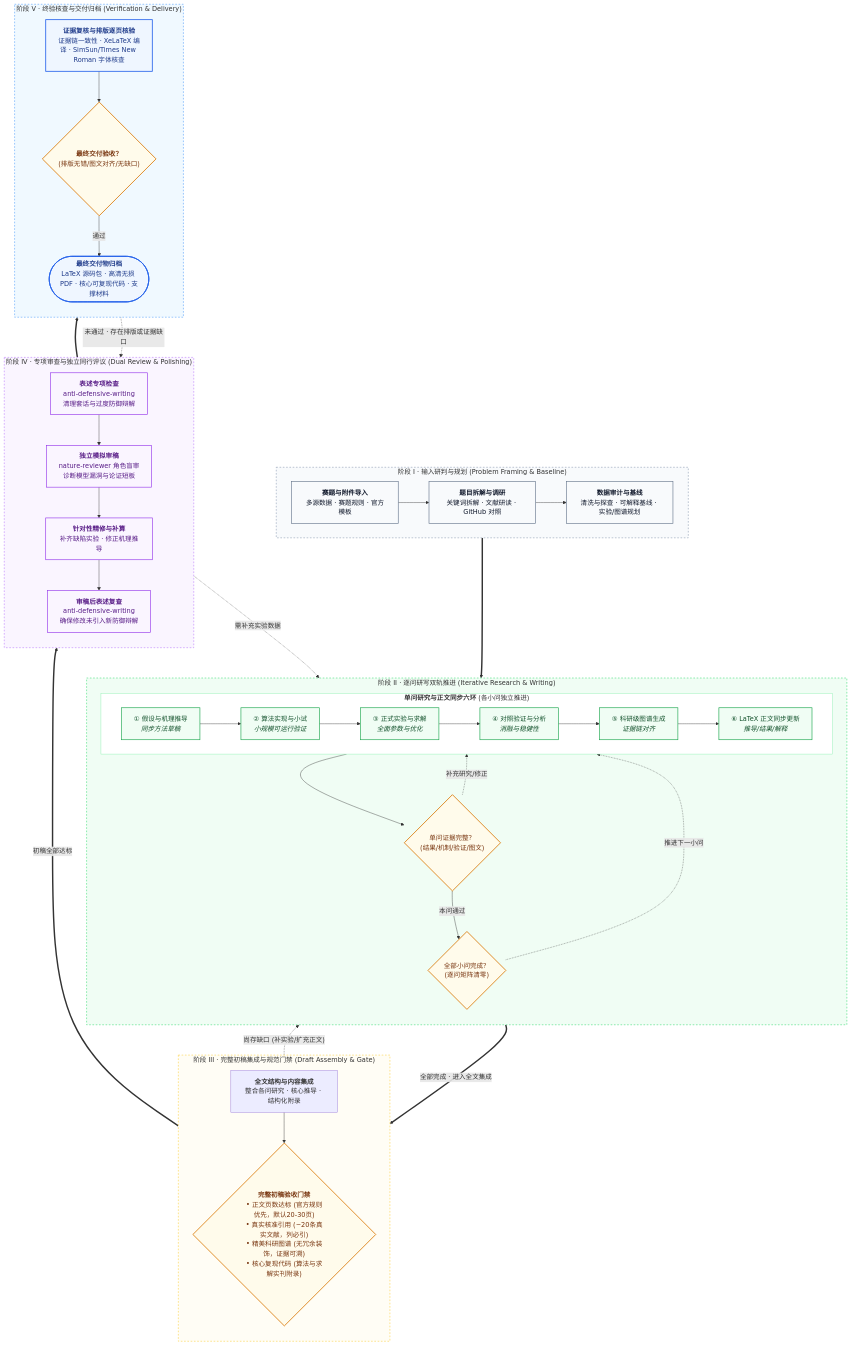
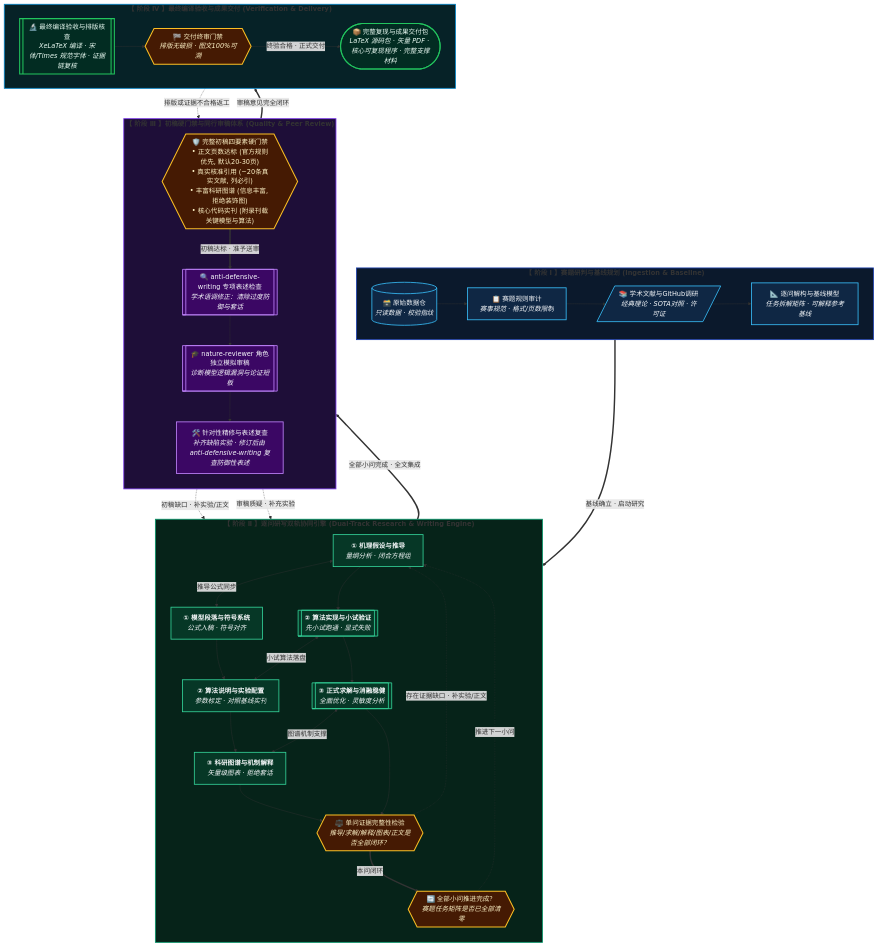
One commit to miyaane/math-model-workbench changed the diagram in README.md. Above: the diagram before and after it, drawn with Mermaid. The commit also changed other lines of this file and 3 other files, not shown here.

````diff
--- a/README.md
+++ b/README.md
@@ -21,88 +26,87 @@
 ```mermaid
-flowchart TD
-    %% 阶段一：研判与探索
-    subgraph P1 ["阶段 I · 输入研判与规划 (Problem Framing & Baseline)"]
+flowchart TB
+    %% 阶段 I：输入研判与基线规划
+    subgraph S1 ["<b>【 阶段 Ⅰ 】赛题研判与基线规划 (Ingestion & Baseline)</b>"]
         direction LR
-        A["<b>赛题与附件导入</b><br/>多源数据 · 赛题规则 · 官方模板"] --> B["<b>题目拆解与调研</b><br/>关键词拆解 · 文献研读 · GitHub 对照"]
-        B --> C["<b>数据审计与基线</b><br/>清洗与探查 · 可解释基线 · 实验/图谱规划"]
+        P1_1[("🗃️ 原始数据仓<br/><i>只读数据 · 校验指纹</i>")]
+        P1_2["📋 赛题规则审计<br/><i>赛事规范 · 格式/页数限制</i>"]
+        P1_3[/"📚 学术文献与GitHub调研<br/><i>经典理论 · SOTA对照 · 许可证</i>"/]
+        P1_4["📐 逐问解构与基线模型<br/><i>任务拆解矩阵 · 可解释参考基线</i>"]
+        P1_1 --> P1_2 --> P1_3 --> P1_4
     end
 
-    %% 阶段二：逐问研写双轨闭环
-    subgraph P2 ["阶段 II · 逐问研写双轨推进 (Iterative Research & Writing)"]
+    %% 阶段 II：逐问研写双轨协同引擎 (天然阶梯双轨并排，杜绝嵌套direction塌缩)
+    subgraph S2 ["<b>【 阶段 Ⅱ 】逐问研写双轨协同引擎 (Dual-Track Research & Writing Engine)</b>"]
         direction TB
-        subgraph Loop ["<b>单问研究与正文同步六环</b> (各小问独立推进)"]
-            direction LR
-            D["① 假设与机理推导<br/><i>同步方法草稿</i>"] --> E["② 算法实现与小试<br/><i>小规模可运行验证</i>"]
-            E --> F["③ 正式实验与求解<br/><i>全面参数与优化</i>"]
-            F --> G["④ 对照验证与分析<br/><i>消融与稳健性</i>"]
-            G --> H["⑤ 科研级图谱生成<br/><i>证据链对齐</i>"]
-            H --> I["⑥ LaTeX 正文同步更新<br/><i>推导/结果/解释</i>"]
-        end
-        QGate{"单问证据完整？<br/>(结果/机制/验证/图文)"}
-        AllDone{"全部小问完成？<br/>(逐问矩阵清零)"}
 
-        Loop --> QGate
-        QGate -.->|"补充研究/修正"| Loop
-        QGate -->|"本问通过"| AllDone
-        AllDone -.->|"推进下一小问"| Loop
+        %% 双轨节点对齐
+        R1["<b>① 机理假设与推导</b><br/><i>量纲分析 · 闭合方程组</i>"] <-->|"推导公式同步"| W1["<b>① 模型段落与符号系统</b><br/><i>公式入稿 · 符号对齐</i>"]
+        R1 --> R2[["<b>② 算法实现与小试验证</b><br/><i>先小试跑通 · 显式失败</i>"]]
+        W1 --> W2["<b>② 算法说明与实验配置</b><br/><i>参数标定 · 对照基线实刊</i>"]
+        R2 <-->|"小试算法落盘"| W2
+        R2 --> R3[["<b>③ 正式求解与消融稳健</b><br/><i>全面优化 · 灵敏度分析</i>"]]
+        W2 --> W3["<b>③ 科研图谱与机制解释</b><br/><i>矢量级图表 · 拒绝套话</i>"]
+        R3 <-->|"图谱机制支撑"| W3
+
+        %% 门禁与迭代
+        Gate_Q{{"⚖️ 单问证据完整性检验<br/><i>推导/求解/解释/图表/正文是否全部闭环？</i>"}}
+        Gate_All{{"🔄 全部小问推进完成？<br/><i>赛题任务矩阵是否已全部清零</i>"}}
+
+        R3 --> Gate_Q
+        W3 --> Gate_Q
+        Gate_Q -.->|"存在证据缺口 · 补实验/正文"| R1
+        Gate_Q ==>|"本问闭环"| Gate_All
+        Gate_All -.->|"推进下一小问"| R1
     end
 
-    %% 阶段三：初稿集成与规范门禁
-    subgraph P3 ["阶段 III · 完整初稿集成与规范门禁 (Draft Assembly & Gate)"]
+    %% 阶段 III：初稿硬门禁与独立审稿体系 (规范文案，明确anti-defensive-writing)
+    subgraph S3 ["<b>【 阶段 Ⅲ 】初稿硬门禁与同行审稿体系 (Quality & Peer Review)</b>"]
         direction TB
-        Draft["<b>全文结构与内容集成</b><br/>整合各问研究 · 核心推导 · 结构化附录"]
-        GateAll{"<b>完整初稿验收门禁</b><br/>• 正文页数达标 (官方规则优先，默认20-30页)<br/>• 真实核准引用 (~20条真实文献，列必引)<br/>• 精美科研图谱 (无冗余装饰，证据可溯)<br/>• 核心复现代码 (算法与求解实刊附录)"}
-        Draft --> GateAll
+
+        Gate_Draft{{"🛡️ 完整初稿四要素硬门禁<br/>• 正文页数达标 (官方规则优先, 默认20-30页)<br/>• 真实核准引用 (~20条真实文献, 列必引)<br/>• 丰富科研图谱 (信息丰富, 拒绝装饰图)<br/>• 核心代码实刊 (附录刊载关键模型与算法)"}}
+
+        Rev_AD[["🔍 anti-defensive-writing 专项表述检查<br/><i>学术语调修正：清除过度防御与套话</i>"]]
+        Rev_NR[["🎓 nature-reviewer 角色独立模拟审稿<br/><i>诊断模型逻辑漏洞与论证短板</i>"]]
+        Rev_Fix["🛠️ 针对性精修与表述复查<br/><i>补齐缺陷实验 · 修订后由 anti-defensive-writing 复查防御性表述</i>"]
+
+        Gate_Draft ==>|"初稿达标 · 准予送审"| Rev_AD
+        Rev_AD --> Rev_NR --> Rev_Fix
     end
 
-    %% 阶段四：专项检查与独立审稿
-    subgraph P4 ["阶段 IV · 专项审查与独立同行评议 (Dual Review & Polishing)"]
-        direction TB
-        AntiDef["<b>表述专项检查</b><br/>anti-defensive-writing<br/>清理套话与过度防御辩解"]
-        NatRev["<b>独立模拟审稿</b><br/>nature-reviewer 角色盲审<br/>诊断模型漏洞与论证短板"]
-        Refine["<b>针对性精修与补算</b><br/>补齐缺陷实验 · 修正机理推导"]
-        PostCheck["<b>审稿后表述复查</b><br/>anti-defensive-writing<br/>确保修改未引入新防御辩解"]
+    %% 阶段 IV：最终编译验收与成果交付 (克制客观用语)
+    subgraph S4 ["<b>【 阶段 Ⅳ 】最终编译验收与成果交付 (Verification & Delivery)</b>"]
+        direction LR
+        Final_Check[["🔬 最终编译验收与排版核查<br/><i>XeLaTeX 编译 · 宋体/Times 规范字体 · 证据链复核</i>"]]
+        Final_Gate{{"🏁 交付终审门禁<br/><i>排版无破损 · 图文100%可溯</i>"}}
+        Deliver_Pkg(["📦 完整复现与成果交付包<br/><i>LaTeX 源码包 · 矢量 PDF · 核心可复现程序 · 完整支撑材料</i>"])
 
-        AntiDef --> NatRev --> Refine --> PostCheck
+        Final_Check --> Final_Gate
+        Final_Gate -->|"终验合格 · 正式交付"| Deliver_Pkg
     end
 
-    %% 阶段五：终审逐页核验与成果交付
-    subgraph P5 ["阶段 V · 终验核查与交付归档 (Verification & Delivery)"]
-        direction TB
-        Verify["<b>证据复核与排版逐页核验</b><br/>证据链一致性 · XeLaTeX 编译 · SimSun/Times New Roman 字体核查"]
-        FinalGate{"<b>最终交付验收？</b><br/>(排版无错/图文对齐/无缺口)"}
-        Deliver(["<b>最终交付物归档</b><br/>LaTeX 源码包 · 高清无损 PDF · 核心可复现代码 · 支撑材料"])
+    %% 跨阶段主干推进与严密闭环 (端点连接，顺序锁定)
+    P1_4 ==>|"基线确立 · 启动研究"| R1
+    Gate_All ==>|"全部小问完成 · 全文集成"| Gate_Draft
+    Gate_Draft -.->|"初稿缺口 · 补实验/正文"| R1
+    Rev_Fix -.->|"审稿质疑 · 补充实验"| R1
+    Rev_Fix ==>|"审稿意见完全闭环"| Final_Check
+    Final_Gate -.->|"排版或证据不合格返工"| Rev_Fix
 
-        Verify --> FinalGate
-        FinalGate -->|"通过"| Deliver
-    end
+    %% 针对暗黑模式与亮色模式深度优化的“高对比宝石调色盘”
+    classDef blueCard fill:#0f2744,stroke:#38bdf8,stroke-width:2px,color:#f8fafc;
+    classDef greenCard fill:#063726,stroke:#34d399,stroke-width:2px,color:#f8fafc;
+    classDef purpleCard fill:#3b0764,stroke:#c084fc,stroke-width:2px,color:#f8fafc;
+    classDef amberGate fill:#451a03,stroke:#fbbf24,stroke-width:2.5px,color:#fef3c7;
+    classDef deliveryCard fill:#022c22,stroke:#22c55e,stroke-width:2.5px,color:#ecfdf5;
 
-    %% 跨阶段主干连接与流转
-    P1 ==> Loop
-    AllDone ==>|"全部完成 · 进入全文集成"| Draft
-    GateAll -.->|"尚存缺口 (补实验/扩充正文)"| Loop
-    GateAll ==>|"初稿全部达标"| AntiDef
-    Refine -.->|"需补充实验数据"| Loop
-    PostCheck ==> Verify
-    FinalGate -.->|"未通过 · 存在排版或证据缺口"| Refine
+    class P1_1,P1_2,P1_3,P1_4 blueCard;
+    class R1,R2,R3,W1,W2,W3 greenCard;
+    class Rev_AD,Rev_NR,Rev_Fix purpleCard;
+    class Gate_Q,Gate_All,Gate_Draft,Final_Gate amberGate;
+    class Final_Check,Deliver_Pkg deliveryCard;
 
-    %% 样式与配色定义 (现代学术与工程配色体系)
-    classDef prepStyle fill:#f8fafc,stroke:#64748b,stroke-width:1.5px,color:#0f172a;
-    classDef researchStyle fill:#f0fdf4,stroke:#16a34a,stroke-width:1.5px,color:#14532d;
-    classDef gateStyle fill:#fffbeb,stroke:#d97706,stroke-width:2px,color:#78350f;
-    classDef reviewStyle fill:#faf5ff,stroke:#9333ea,stroke-width:1.5px,color:#581c87;
-    classDef deliveryStyle fill:#eff6ff,stroke:#2563eb,stroke-width:2px,color:#1e3a8a;
-
-    class A,B,C prepStyle;
-    class D,E,F,G,H,I researchStyle;
-    class QGate,AllDone,GateAll,FinalGate gateStyle;
-    class AntiDef,NatRev,Refine,PostCheck reviewStyle;
-    class Verify,Deliver deliveryStyle;
-
-    style P1 fill:#f8fafc,stroke:#94a3b8,stroke-width:1.5px,stroke-dasharray: 4 4;
-    style P2 fill:#f0fdf4,stroke:#4ade80,stroke-width:1.5px,stroke-dasharray: 4 4;
-    style Loop fill:#ffffff,stroke:#86efac,stroke-width:1px;
-    style P3 fill:#fffdf5,stroke:#fcd34d,stroke-width:1.5px,stroke-dasharray: 4 4;
-    style P4 fill:#faf5ff,stroke:#c084fc,stroke-width:1.5px,stroke-dasharray: 4 4;
-    style P5 fill:#f0f9ff,stroke:#60a5fa,stroke-width:1.5px,stroke-dasharray: 4 4;
+    style S1 fill:#0b192c,stroke:#1e40af,stroke-width:2px;
+    style S2 fill:#062319,stroke:#059669,stroke-width:2px;
+    style S3 fill:#1e0e38,stroke:#7c3aed,stroke-width:2px;
+    style S4 fill:#062227,stroke:#0284c7,stroke-width:2px;
 ```
````
